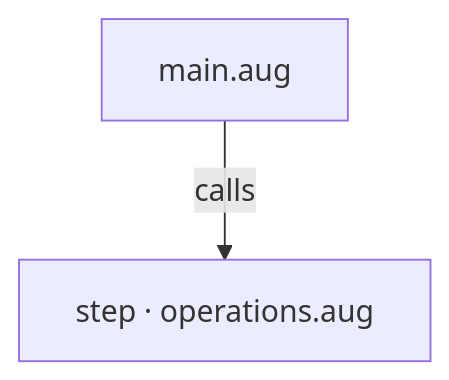
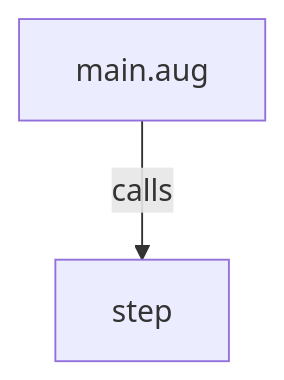
Before and after one commit to GreenPandaStudios/augscript: the first of 2 diagrams in benchmarks/calls/main.aug.diagrams.md, drawn with Mermaid. The commit also changed other lines of this file and 524 other files, not shown here.

Commit message:
Explain checked data flow at folder and service levels

````diff
--- a/benchmarks/calls/main.aug.diagrams.md
+++ b/benchmarks/calls/main.aug.diagrams.md
@@ -13,6 +11,6 @@
 ```mermaid
 flowchart TD
     n0["main.aug"]
-    n1["step · operations.aug"]
+    n1["step"]
     n0 -->|"calls"| n1
 ```
````
